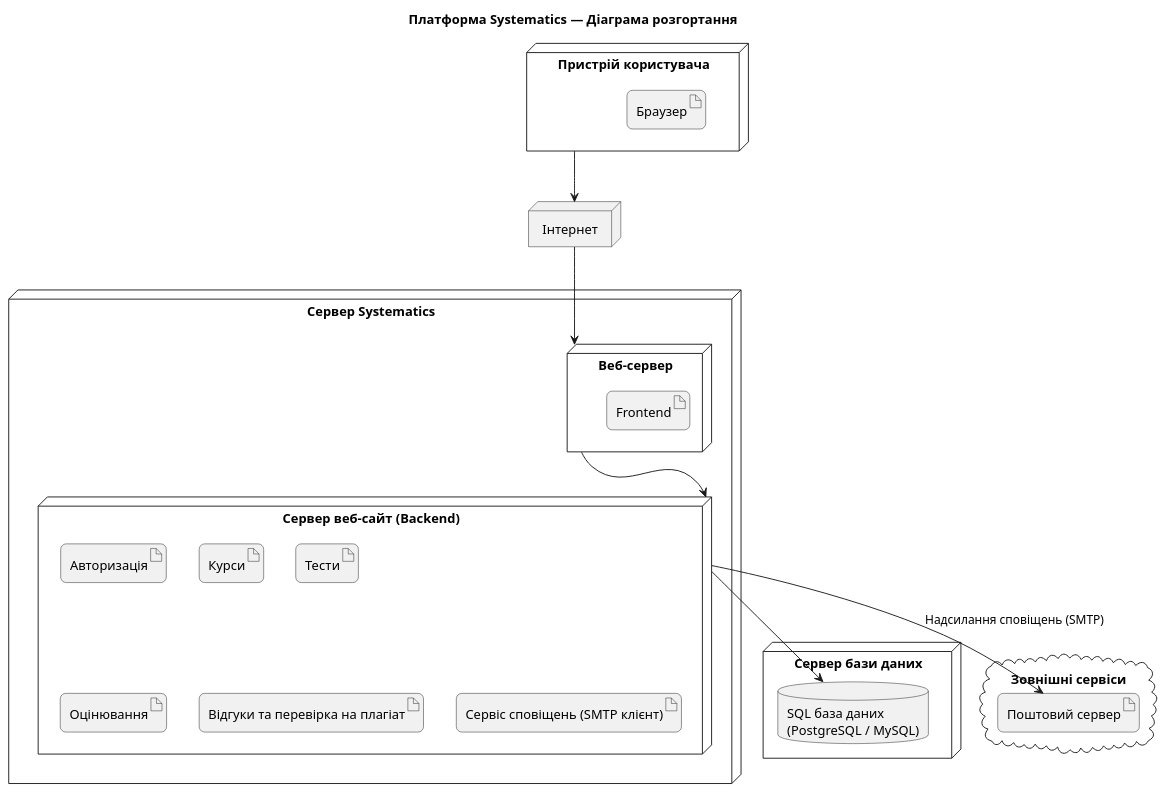
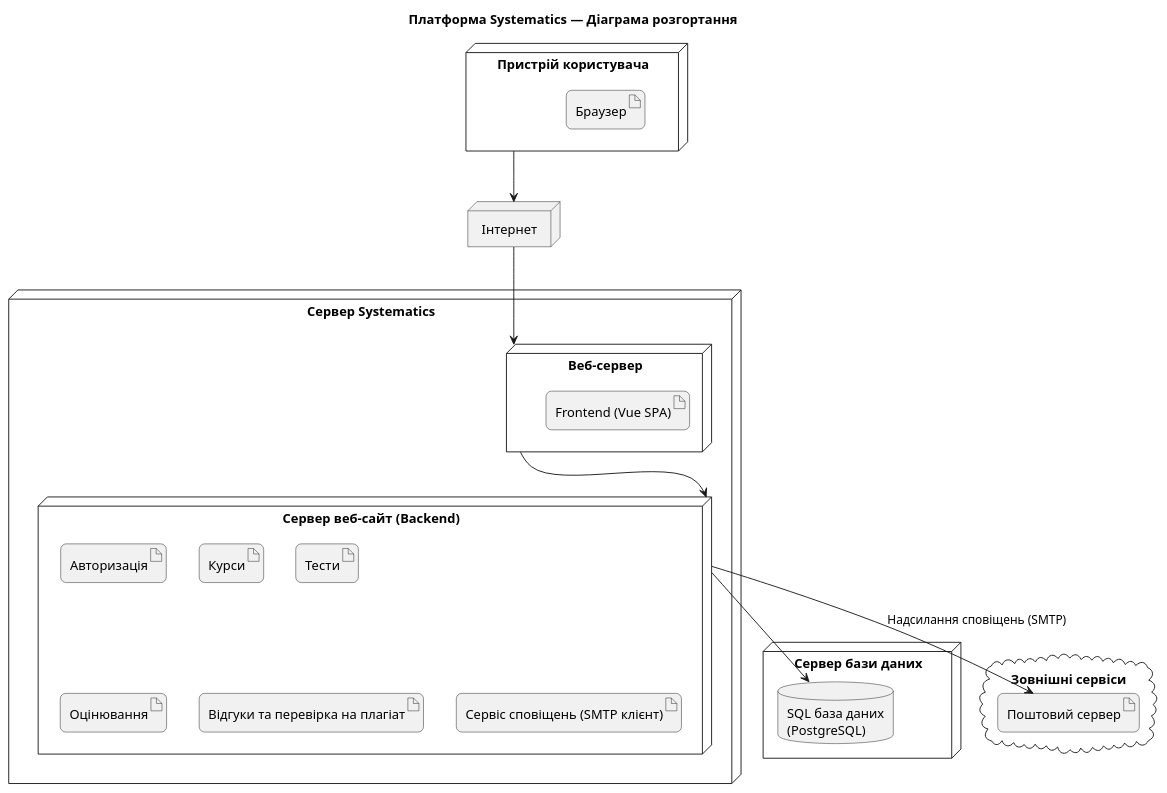
The diagram in docs/architecture/uml/Deployment_diagram.puml (ukma-cs-ssdm-2025/team-systematics), drawn with PlantUML before and after one commit.

Commit message:
docs: update deployment diagram

```diff
--- a/docs/architecture/uml/Deployment_diagram.puml
+++ b/docs/architecture/uml/Deployment_diagram.puml
@@ -1,53 +1,53 @@
 @startuml Systematics_Deployment
 title Платформа Systematics — Діаграма розгортання
 
 skinparam wrapWidth 250
 skinparam shadowing false
 skinparam roundcorner 12
 skinparam nodeStyle rectangle
 skinparam componentStyle rectangle
 top to bottom direction
 
 ' 1) Клієнтський рівень
 node "Пристрій користувача" as Client {
   artifact "Браузер" as Browser
 }
 
 ' 2) Інтернет
 node "Інтернет" as Internet
 
 ' 3) Серверна інфраструктура
 node "Сервер Systematics" as Server {
   
   node "Веб-сервер" as WebServer {
-    artifact "Frontend" as Frontend
+    artifact "Frontend (Vue SPA)" as Frontend
   }
 
   node "Сервер веб-сайт (Backend)" as Backend {
     artifact "Авторизація"
     artifact "Курси"
     artifact "Тести"
     artifact "Оцінювання"
     artifact "Відгуки та перевірка на плагіат"
     artifact "Сервіс сповіщень (SMTP клієнт)"
   }
 }
 
 ' 4) Сховище даних
 node "Сервер бази даних" as DBServer {
-  database "SQL база даних\n(PostgreSQL / MySQL)" as DB
+  database "SQL база даних\n(PostgreSQL)" as DB
 }
 
 ' 5) Зовнішні сервіси
 cloud "Зовнішні сервіси" as External {
   artifact "Поштовий сервер" as MailServer
 }
 
 ' 6) Зв’язки
 Client --> Internet
 Internet --> WebServer
 WebServer --> Backend
 Backend --> DB
 Backend --> MailServer : Надсилання сповіщень (SMTP)
 
 @enduml
```
